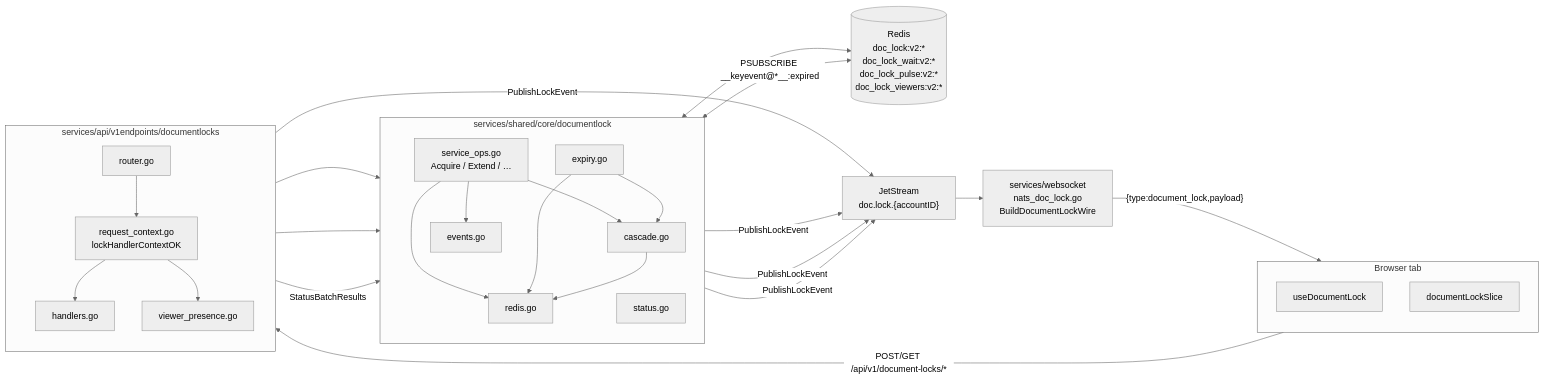
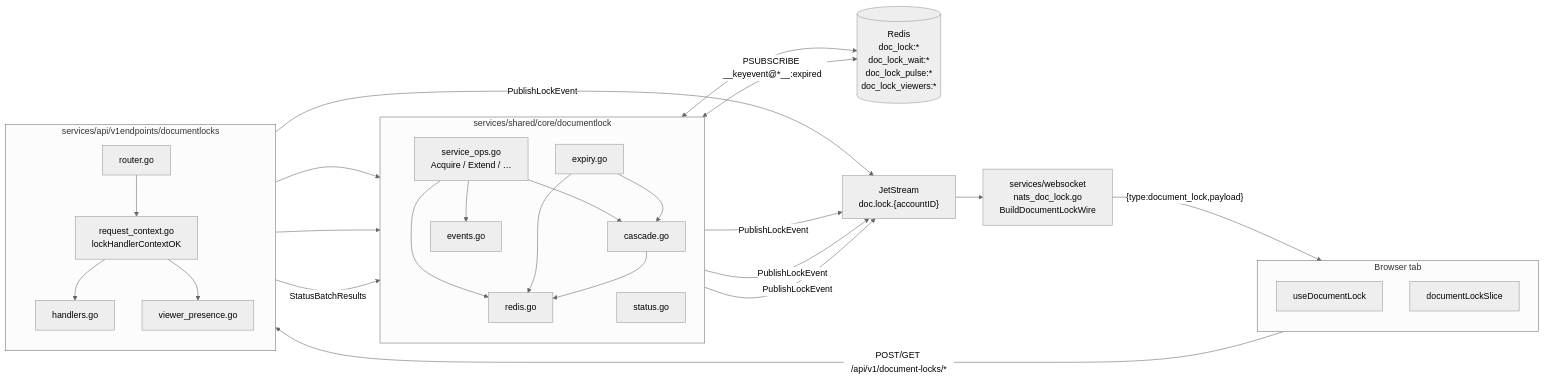
One commit to darcy561/eve-industry-planner changed the first of 3 diagrams in docs/document-lock/BACKEND.md. Above: the diagram before and after it, drawn with Mermaid (neutral theme). The commit also changed other lines of this file and 41 other files, not shown here.

````diff
--- a/docs/document-lock/BACKEND.md
+++ b/docs/document-lock/BACKEND.md
@@ -35,51 +54,51 @@
 ```mermaid
 flowchart LR
   subgraph SPA["Browser tab"]
     Hook["useDocumentLock"]
     Slice["documentLockSlice"]
   end
 
   subgraph DL["services/shared/core/documentlock"]
     direction TB
     Svc["service_ops.go<br/>Acquire / Extend / …"]
     LR["redis.go"]
     St["status.go"]
     Casc["cascade.go"]
     Exp["expiry.go"]
     Ev["events.go"]
     Svc --> LR
     Svc --> Casc
     Svc --> Ev
     Exp --> LR
     Exp --> Casc
     Casc --> LR
   end
 
   subgraph API["services/api/v1endpoints/documentlocks"]
     direction TB
     R["router.go"]
     HC["request_context.go<br/>lockHandlerContextOK"]
     H["handlers.go"]
     VP["viewer_presence.go"]
     R --> HC
     HC --> H
     HC --> VP
     H --> Svc
     VP --> LR
   end
 
-  Redis[("Redis<br/>doc_lock:v2:*<br/>doc_lock_wait:v2:*<br/>doc_lock_pulse:v2:*<br/>doc_lock_viewers:v2:*")]
+  Redis[("Redis<br/>doc_lock:*<br/>doc_lock_wait:*<br/>doc_lock_pulse:*<br/>doc_lock_viewers:*")]
   JS["JetStream<br/>doc.lock.{accountID}"]
   WS["services/websocket<br/>nats_doc_lock.go<br/>BuildDocumentLockWire"]
 
   SPA -->|"POST/GET /api/v1/document-locks/*"| R
   H -->|"StatusBatchResults"| St
   LR <--> Redis
   Exp <-->|"PSUBSCRIBE __keyevent@*__:expired"| Redis
   Svc -->|"PublishLockEvent"| JS
   VP -->|"PublishLockEvent"| JS
   Casc -->|"PublishLockEvent"| JS
   Exp -->|"PublishLockEvent"| JS
   JS --> WS
   WS -->|"{type:document_lock,payload}"| SPA
 ```
````
